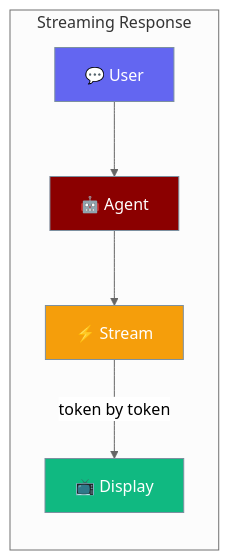
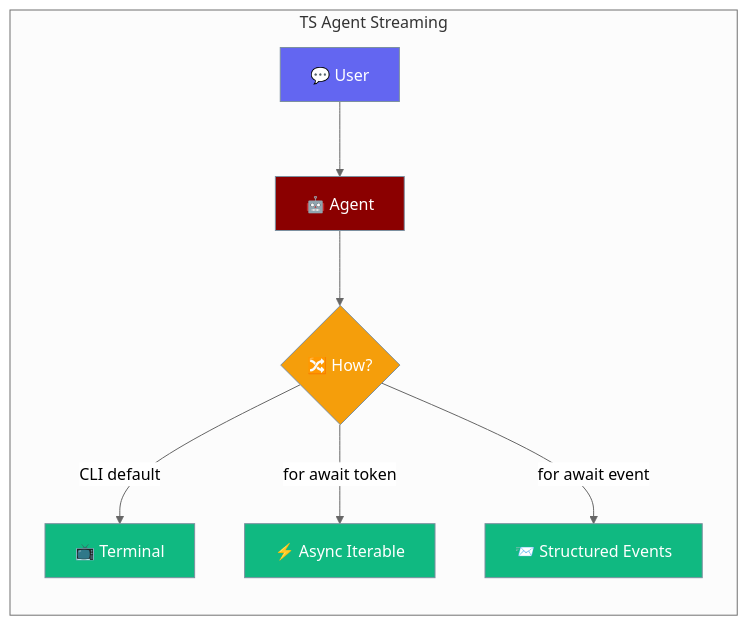
One commit to MervinPraison/PraisonAIDocs changed the first of 6 diagrams in docs/js/streaming.mdx. Above: the diagram before and after it, drawn with Mermaid (neutral theme). The commit also changed other lines of this file and 1 other file, not shown here.

Commit message:
docs(js): document Agent stream() and streamEvents() async iterables (fixes #3387)

````diff
--- a/docs/js/streaming.mdx
+++ b/docs/js/streaming.mdx
@@ -10,20 +10,20 @@
 ```mermaid
 graph LR
-    subgraph "Streaming Response"
+    subgraph "TS Agent Streaming"
         U[💬 User] --> A[🤖 Agent]
-        A --> S[⚡ Stream]
-        S -->|token by token| D[📺 Display]
+        A --> C{🔀 How?}
+        C -->|CLI default| Term[📺 Terminal]
+        C -->|for await token| Iter[⚡ Async Iterable]
+        C -->|for await event| Evt[📨 Structured Events]
     end
 
     classDef user fill:#6366F1,stroke:#7C90A0,color:#fff
     classDef agent fill:#8B0000,stroke:#7C90A0,color:#fff
-    classDef stream fill:#F59E0B,stroke:#7C90A0,color:#fff
+    classDef choice fill:#F59E0B,stroke:#7C90A0,color:#fff
     classDef output fill:#10B981,stroke:#7C90A0,color:#fff
 
     class U user
     class A agent
-    class S stream
-    class D output
-    classDef agent fill:#8B0000,color:#fff
-    classDef tool fill:#189AB4,color:#fff
+    class C choice
+    class Term,Iter,Evt output
 ```
````
